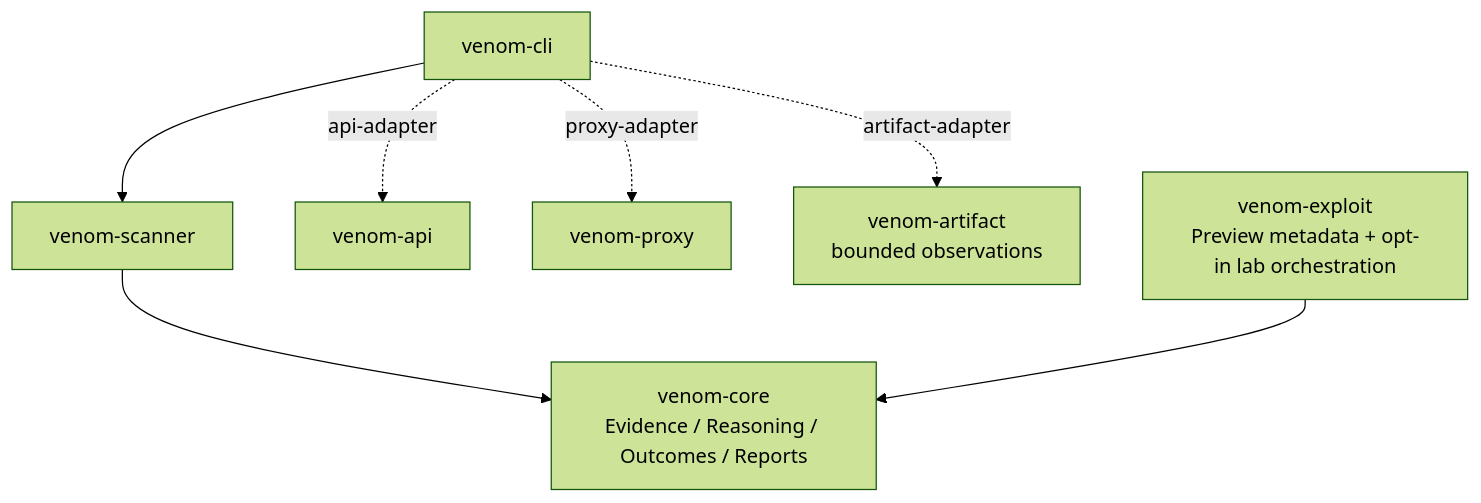
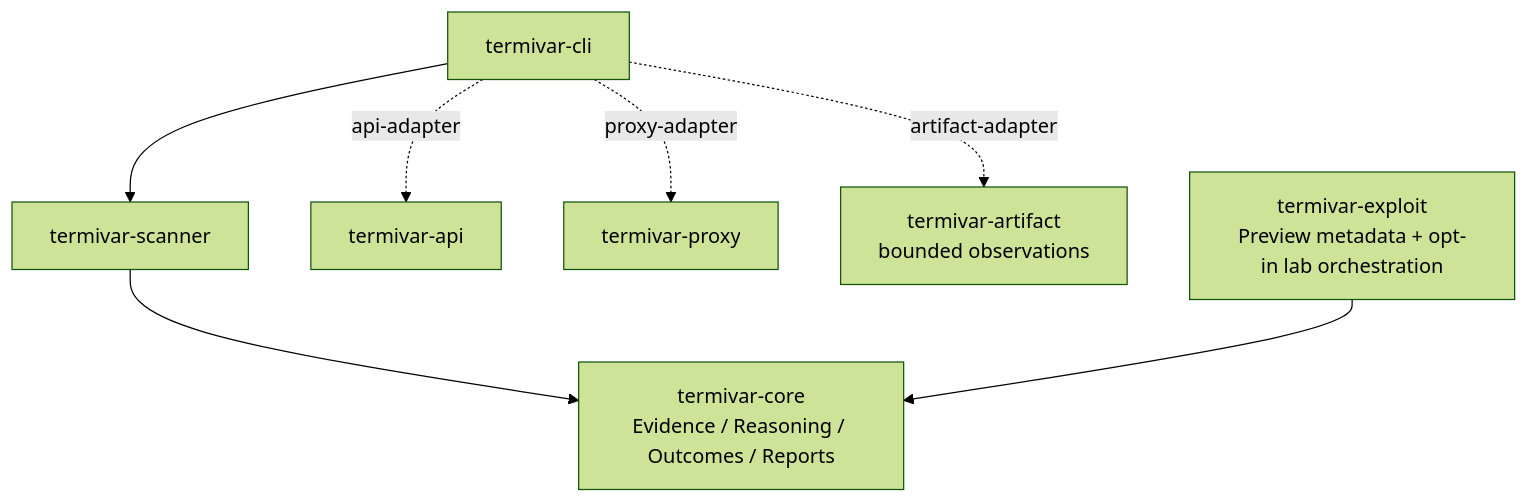
The first of 4 diagrams in docs/architecture.md (ITherso/termivar), drawn with Mermaid (forest theme) before and after one commit. The commit also changed other lines of this file and 65 other files, not shown here.

````diff
--- a/docs/architecture.md
+++ b/docs/architecture.md
@@ -61,9 +61,9 @@
 ```mermaid
 flowchart TD
-    CLI[venom-cli] --> Scanner[venom-scanner]
-    CLI -. "api-adapter" .-> API[venom-api]
-    CLI -. "proxy-adapter" .-> Proxy[venom-proxy]
-    CLI -. "artifact-adapter" .-> Artifact["venom-artifact<br/>bounded observations"]
-    Scanner --> Core["venom-core<br/>Evidence / Reasoning / Outcomes / Reports"]
-    Exploit["venom-exploit<br/>Preview metadata + opt-in lab orchestration"] --> Core
+    CLI[termivar-cli] --> Scanner[termivar-scanner]
+    CLI -. "api-adapter" .-> API[termivar-api]
+    CLI -. "proxy-adapter" .-> Proxy[termivar-proxy]
+    CLI -. "artifact-adapter" .-> Artifact["termivar-artifact<br/>bounded observations"]
+    Scanner --> Core["termivar-core<br/>Evidence / Reasoning / Outcomes / Reports"]
+    Exploit["termivar-exploit<br/>Preview metadata + opt-in lab orchestration"] --> Core
 ```
````
